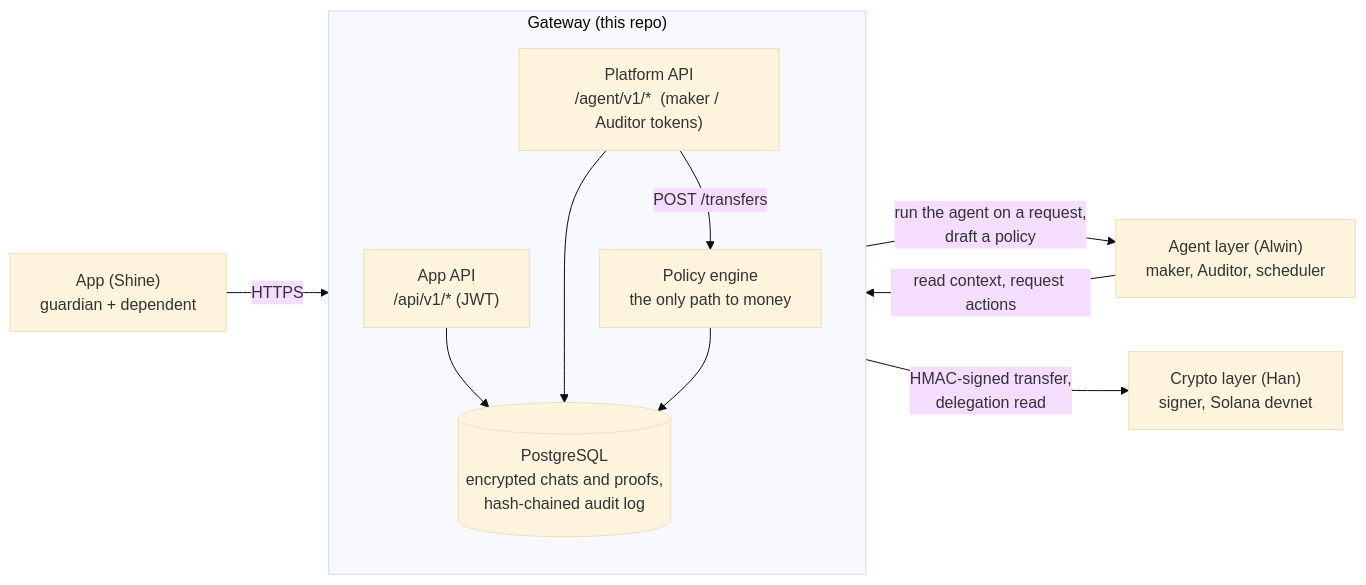
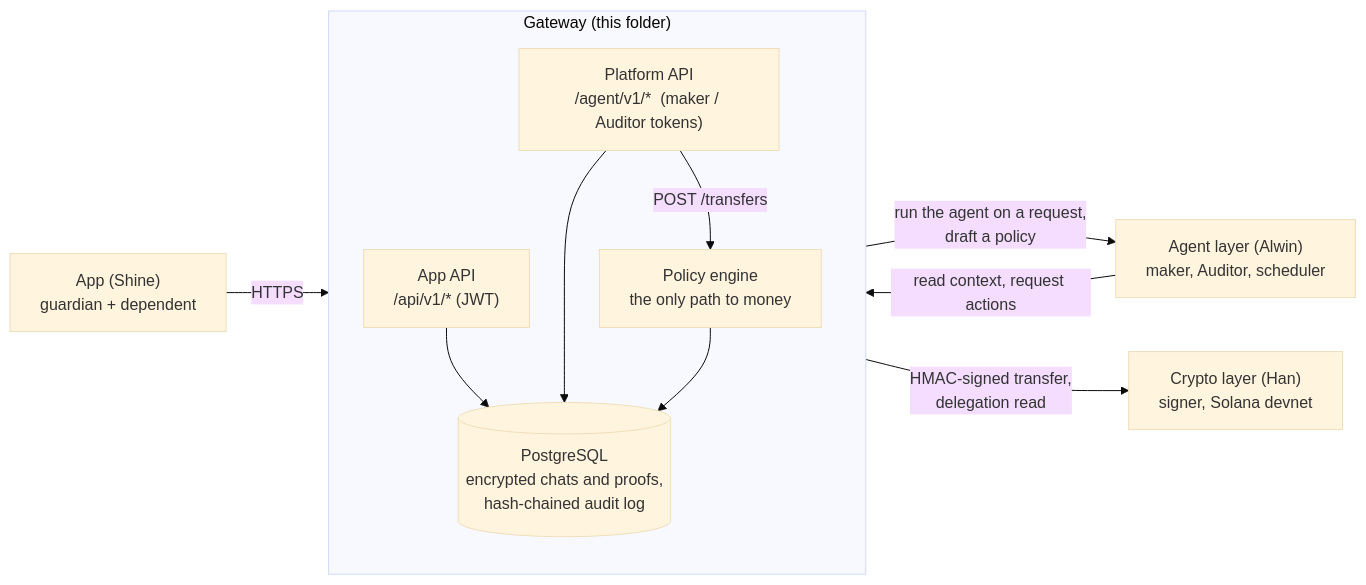
Before and after one commit to Team-Sigil/sigil: the first of 2 diagrams in gateway/README.md, drawn with Mermaid (base theme). The commit also changed other lines of this file and 20 other files, not shown here.

````diff
--- a/gateway/README.md
+++ b/gateway/README.md
@@ -43,23 +43,23 @@
 ```mermaid
 flowchart LR
     APP["App (Shine)<br/>guardian + dependent"]
     AG["Agent layer (Alwin)<br/>maker, Auditor, scheduler"]
     CR["Crypto layer (Han)<br/>signer, Solana devnet"]
 
-    subgraph GW["Gateway (this repo)"]
+    subgraph GW["Gateway (this folder)"]
         direction TB
         PUB["App API<br/>/api/v1/*  (JWT)"]
         PLAT["Platform API<br/>/agent/v1/*  (maker / Auditor tokens)"]
         ENG["Policy engine<br/>the only path to money"]
         DB[("PostgreSQL<br/>encrypted chats and proofs,<br/>hash-chained audit log")]
         PUB --> DB
         PLAT --> DB
         PLAT -->|"POST /transfers"| ENG
         ENG --> DB
     end
 
     APP -->|"HTTPS"| PUB
     PUB -->|"run the agent on a request,<br/>draft a policy"| AG
     AG -->|"read context, request actions"| PLAT
     ENG -->|"HMAC-signed transfer,<br/>delegation read"| CR
 ```
````
